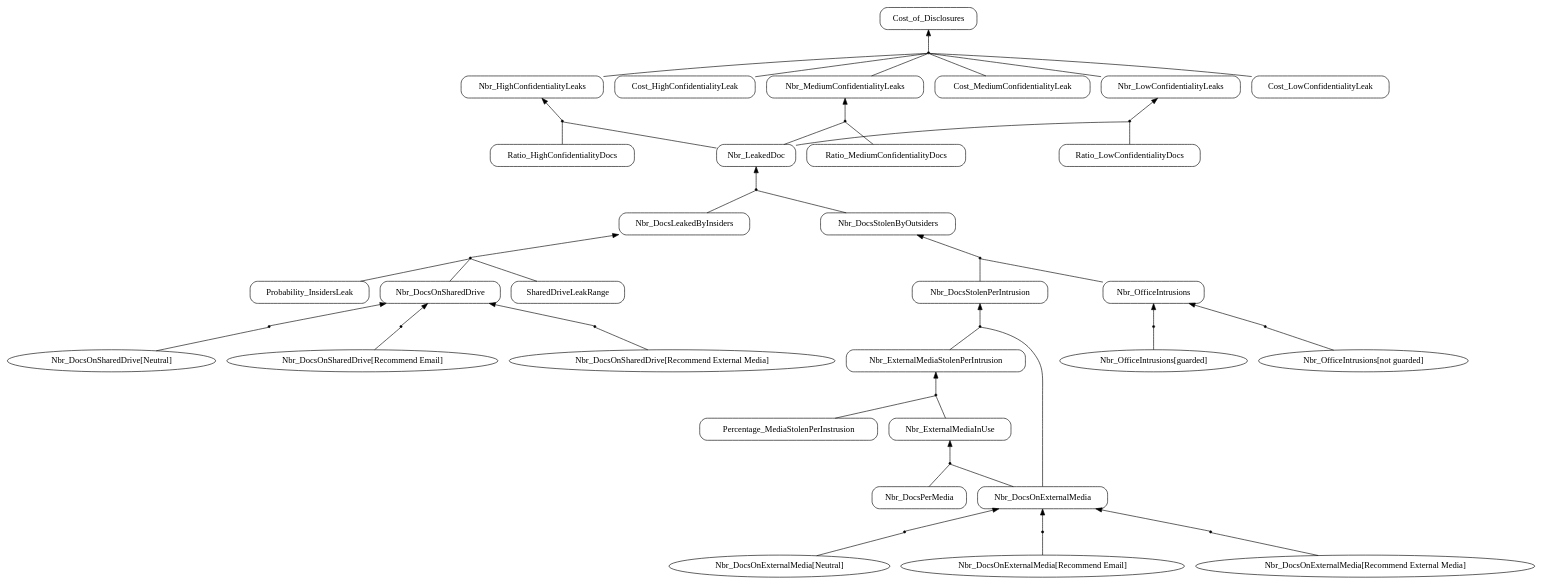
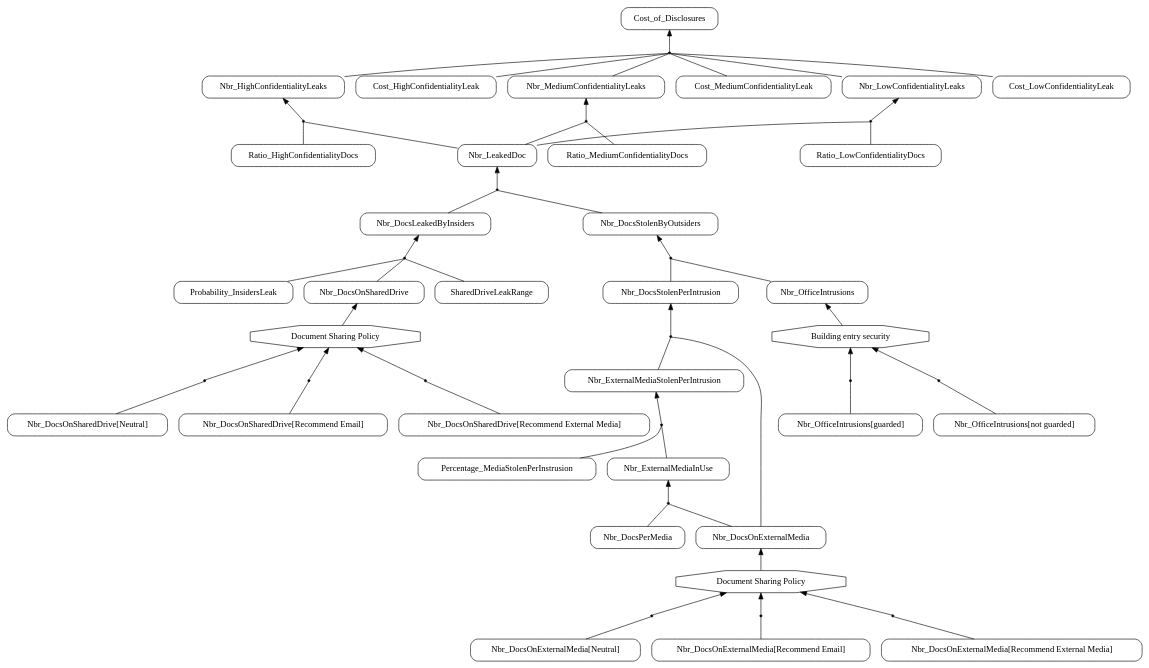
One commit to sbusari/RADAR2 changed the diagram in uk.ac.ucl.cs.examples/BSPDM/ICSE/AnalysisResult/graph/BSPDMvgraph.dot. Above: the diagram before and after it, drawn with Graphviz. The commit also changed 66 other files, not shown here.

```diff
--- a/uk.ac.ucl.cs.examples/BSPDM/ICSE/AnalysisResult/graph/BSPDMvgraph.dot
+++ b/uk.ac.ucl.cs.examples/BSPDM/ICSE/AnalysisResult/graph/BSPDMvgraph.dot
@@ -1,95 +1,106 @@
 digraph G { 
 rankdir = BT 
 "Probability_InsidersLeak"[shape = box, style = rounded] 
 AndRef0[shape = point] 
-AndRef0->"Nbr_DocsOnSharedDrive"
+1[label="Document Sharing Policy", shape = polygon, sides =8]1->"Nbr_DocsOnSharedDrive"
+"Nbr_DocsOnSharedDrive[Neutral]"[shape = box, style = rounded] 
+AndRef0->1
 "Nbr_DocsOnSharedDrive[Neutral]"->AndRef0 [dir = none] 
 AndRef1[shape = point] 
-AndRef1->"Nbr_DocsOnSharedDrive"
+1[label="Document Sharing Policy", shape = polygon, sides =8]"Nbr_DocsOnSharedDrive[Recommend Email]"[shape = box, style = rounded] 
+AndRef1->1
 "Nbr_DocsOnSharedDrive[Recommend Email]"->AndRef1 [dir = none] 
 AndRef2[shape = point] 
-AndRef2->"Nbr_DocsOnSharedDrive"
+1[label="Document Sharing Policy", shape = polygon, sides =8]"Nbr_DocsOnSharedDrive[Recommend External Media]"[shape = box, style = rounded] 
+AndRef2->1
 "Nbr_DocsOnSharedDrive[Recommend External Media]"->AndRef2 [dir = none] 
 "Nbr_DocsOnSharedDrive"[shape = box, style = rounded] 
 "SharedDriveLeakRange"[shape = box, style = rounded] 
 "Nbr_DocsLeakedByInsiders"[shape = box, style = rounded] 
 AndRef3[shape = point] 
 AndRef3->"Nbr_DocsLeakedByInsiders"
 "Probability_InsidersLeak"->AndRef3 [dir = none] 
 "Nbr_DocsOnSharedDrive"->AndRef3 [dir = none] 
 "SharedDriveLeakRange"->AndRef3 [dir = none] 
 AndRef4[shape = point] 
-AndRef4->"Nbr_OfficeIntrusions"
+5[label="Building entry security", shape = polygon, sides =8]5->"Nbr_OfficeIntrusions"
+"Nbr_OfficeIntrusions[not guarded]"[shape = box, style = rounded] 
+AndRef4->5
 "Nbr_OfficeIntrusions[not guarded]"->AndRef4 [dir = none] 
 AndRef5[shape = point] 
-AndRef5->"Nbr_OfficeIntrusions"
+5[label="Building entry security", shape = polygon, sides =8]"Nbr_OfficeIntrusions[guarded]"[shape = box, style = rounded] 
+AndRef5->5
 "Nbr_OfficeIntrusions[guarded]"->AndRef5 [dir = none] 
 "Nbr_OfficeIntrusions"[shape = box, style = rounded] 
 AndRef6[shape = point] 
-AndRef6->"Nbr_DocsOnExternalMedia"
+7[label="Document Sharing Policy", shape = polygon, sides =8]7->"Nbr_DocsOnExternalMedia"
+"Nbr_DocsOnExternalMedia[Neutral]"[shape = box, style = rounded] 
+AndRef6->7
 "Nbr_DocsOnExternalMedia[Neutral]"->AndRef6 [dir = none] 
 AndRef7[shape = point] 
-AndRef7->"Nbr_DocsOnExternalMedia"
+7[label="Document Sharing Policy", shape = polygon, sides =8]"Nbr_DocsOnExternalMedia[Recommend Email]"[shape = box, style = rounded] 
+AndRef7->7
 "Nbr_DocsOnExternalMedia[Recommend Email]"->AndRef7 [dir = none] 
 AndRef8[shape = point] 
-AndRef8->"Nbr_DocsOnExternalMedia"
+7[label="Document Sharing Policy", shape = polygon, sides =8]"Nbr_DocsOnExternalMedia[Recommend External Media]"[shape = box, style = rounded] 
+AndRef8->7
 "Nbr_DocsOnExternalMedia[Recommend External Media]"->AndRef8 [dir = none] 
 "Nbr_DocsOnExternalMedia"[shape = box, style = rounded] 
 "Nbr_DocsPerMedia"[shape = box, style = rounded] 
 "Nbr_ExternalMediaInUse"[shape = box, style = rounded] 
 AndRef9[shape = point] 
 AndRef9->"Nbr_ExternalMediaInUse"
 "Nbr_DocsOnExternalMedia"->AndRef9 [dir = none] 
 "Nbr_DocsPerMedia"->AndRef9 [dir = none] 
 "Percentage_MediaStolenPerInstrusion"[shape = box, style = rounded] 
 "Nbr_ExternalMediaStolenPerIntrusion"[shape = box, style = rounded] 
 AndRef10[shape = point] 
 AndRef10->"Nbr_ExternalMediaStolenPerIntrusion"
 "Nbr_ExternalMediaInUse"->AndRef10 [dir = none] 
 "Percentage_MediaStolenPerInstrusion"->AndRef10 [dir = none] 
 "Nbr_DocsStolenPerIntrusion"[shape = box, style = rounded] 
 AndRef11[shape = point] 
 AndRef11->"Nbr_DocsStolenPerIntrusion"
 "Nbr_ExternalMediaStolenPerIntrusion"->AndRef11 [dir = none] 
 "Nbr_DocsOnExternalMedia"->AndRef11 [dir = none] 
 "Nbr_DocsStolenByOutsiders"[shape = box, style = rounded] 
 AndRef12[shape = point] 
 AndRef12->"Nbr_DocsStolenByOutsiders"
 "Nbr_OfficeIntrusions"->AndRef12 [dir = none] 
 "Nbr_DocsStolenPerIntrusion"->AndRef12 [dir = none] 
 "Nbr_LeakedDoc"[shape = box, style = rounded] 
 AndRef13[shape = point] 
 AndRef13->"Nbr_LeakedDoc"
 "Nbr_DocsLeakedByInsiders"->AndRef13 [dir = none] 
 "Nbr_DocsStolenByOutsiders"->AndRef13 [dir = none] 
 "Ratio_HighConfidentialityDocs"[shape = box, style = rounded] 
 "Nbr_HighConfidentialityLeaks"[shape = box, style = rounded] 
 AndRef14[shape = point] 
 AndRef14->"Nbr_HighConfidentialityLeaks"
 "Nbr_LeakedDoc"->AndRef14 [dir = none] 
 "Ratio_HighConfidentialityDocs"->AndRef14 [dir = none] 
 "Cost_HighConfidentialityLeak"[shape = box, style = rounded] 
 "Ratio_MediumConfidentialityDocs"[shape = box, style = rounded] 
 "Nbr_MediumConfidentialityLeaks"[shape = box, style = rounded] 
 AndRef15[shape = point] 
 AndRef15->"Nbr_MediumConfidentialityLeaks"
 "Nbr_LeakedDoc"->AndRef15 [dir = none] 
 "Ratio_MediumConfidentialityDocs"->AndRef15 [dir = none] 
 "Cost_MediumConfidentialityLeak"[shape = box, style = rounded] 
 "Ratio_LowConfidentialityDocs"[shape = box, style = rounded] 
 "Nbr_LowConfidentialityLeaks"[shape = box, style = rounded] 
 AndRef16[shape = point] 
 AndRef16->"Nbr_LowConfidentialityLeaks"
 "Nbr_LeakedDoc"->AndRef16 [dir = none] 
 "Ratio_LowConfidentialityDocs"->AndRef16 [dir = none] 
 "Cost_LowConfidentialityLeak"[shape = box, style = rounded] 
 "Cost_of_Disclosures"[shape = box, style = rounded] 
 AndRef17[shape = point] 
 AndRef17->"Cost_of_Disclosures"
 "Nbr_HighConfidentialityLeaks"->AndRef17 [dir = none] 
 "Cost_HighConfidentialityLeak"->AndRef17 [dir = none] 
 "Nbr_MediumConfidentialityLeaks"->AndRef17 [dir = none] 
 "Cost_MediumConfidentialityLeak"->AndRef17 [dir = none] 
 "Nbr_LowConfidentialityLeaks"->AndRef17 [dir = none] 
 "Cost_LowConfidentialityLeak"->AndRef17 [dir = none] 
 }
```
